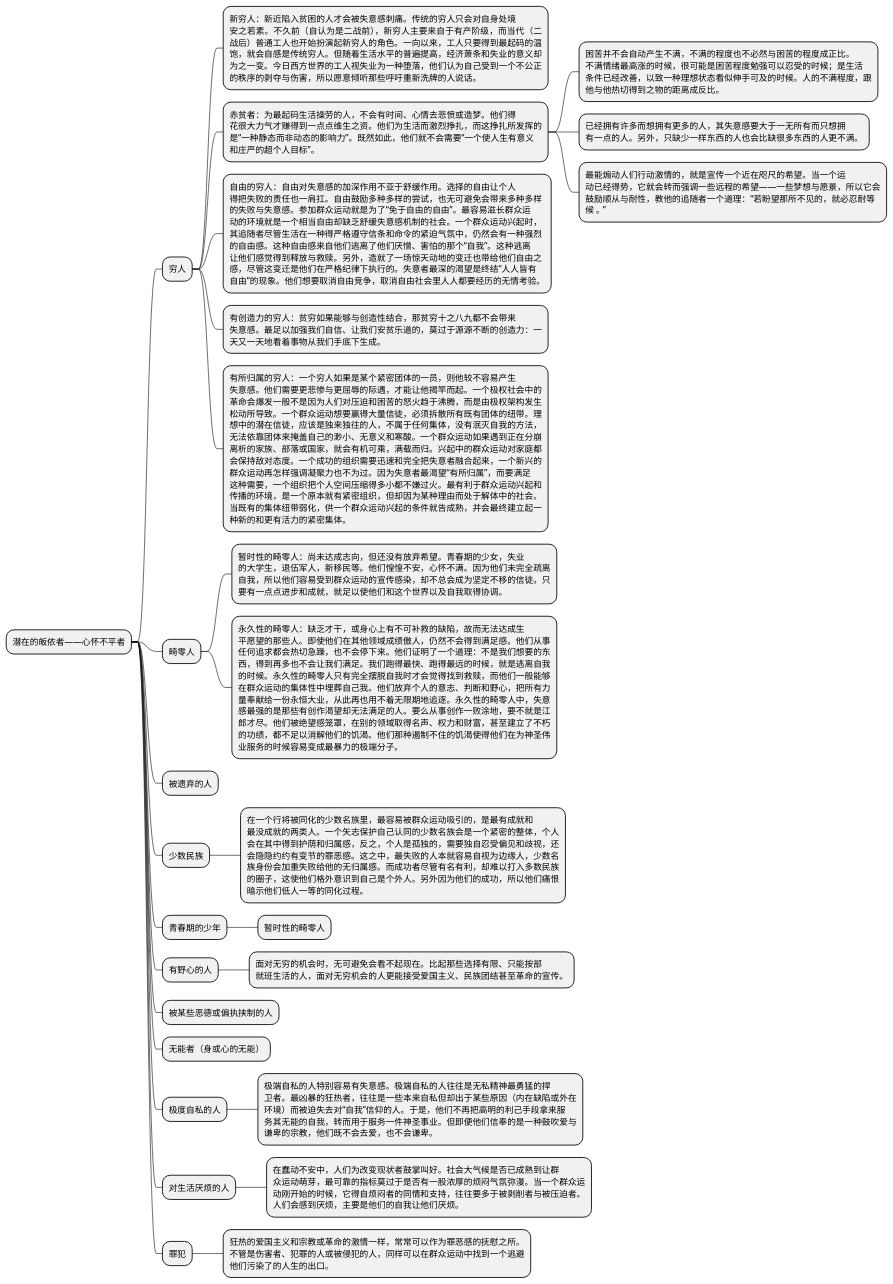
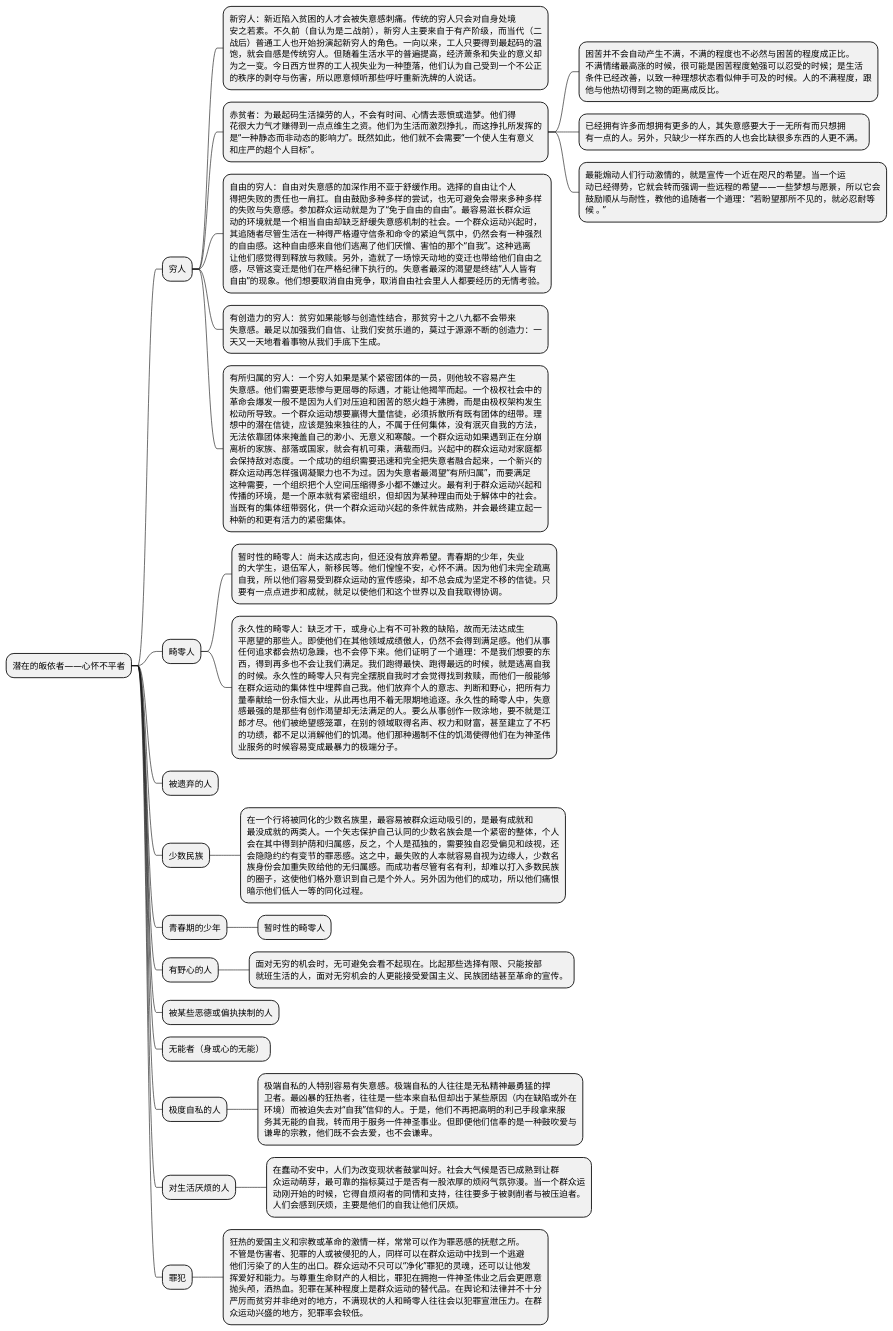
One commit to SamaelChen/reading_notebook changed the second of 2 diagrams in 社会心理/狂热分子.md. Above: the diagram before and after it, drawn with PlantUML. The commit also changed other lines of this file, not shown here.

````diff
--- a/社会心理/狂热分子.md
+++ b/社会心理/狂热分子.md
@@ -51,32 +51,32 @@
 ```puml
 @startmindmap
 * 潜在的皈依者——心怀不平者
 	** 穷人
 		*** 新穷人：新近陷入贫困的人才会被失意感刺痛。传统的穷人只会对自身处境\n安之若素。不久前（自认为是二战前），新穷人主要来自于有产阶级，而当代（二\n战后）普通工人也开始扮演起新穷人的角色。一向以来，工人只要得到最起码的温\n饱，就会自感是传统穷人。但随着生活水平的普遍提高，经济萧条和失业的意义却\n为之一变。今日西方世界的工人视失业为一种堕落，他们认为自己受到一个不公正\n的秩序的剥夺与伤害，所以愿意倾听那些呼吁重新洗牌的人说话。
 		*** 赤贫者：为最起码生活操劳的人，不会有时间、心情去悲愤或造梦。他们得\n花很大力气才赚得到一点点维生之资。他们为生活而激烈挣扎，而这挣扎所发挥的\n是“一种静态而非动态的影响力”。既然如此，他们就不会需要“一个使人生有意义\n和庄严的超个人目标”。
 			**** 困苦并不会自动产生不满，不满的程度也不必然与困苦的程度成正比。\n不满情绪最高涨的时候，很可能是困苦程度勉强可以忍受的时候；是生活\n条件已经改善，以致一种理想状态看似伸手可及的时候。人的不满程度，跟\n他与他热切得到之物的距离成反比。
 			**** 已经拥有许多而想拥有更多的人，其失意感要大于一无所有而只想拥\n有一点的人。另外，只缺少一样东西的人也会比缺很多东西的人更不满。
 			**** 最能煽动人们行动激情的，就是宣传一个近在咫尺的希望。当一个运\n动已经得势，它就会转而强调一些远程的希望——一些梦想与愿景，所以它会\n鼓励顺从与耐性，教他的追随者一个道理：“若盼望那所不见的，就必忍耐等\n候。”
 		*** 自由的穷人：自由对失意感的加深作用不亚于舒缓作用。选择的自由让个人\n得把失败的责任也一肩扛。自由鼓励多种多样的尝试，也无可避免会带来多种多样\n的失败与失意感。参加群众运动就是为了“免于自由的自由”。最容易滋长群众运\n动的环境就是一个相当自由却缺乏舒缓失意感机制的社会。一个群众运动兴起时，\n其追随者尽管生活在一种得严格遵守信条和命令的紧迫气氛中，仍然会有一种强烈\n的自由感。这种自由感来自他们逃离了他们厌憎、害怕的那个“自我”。这种逃离\n让他们感觉得到释放与救赎。另外，造就了一场惊天动地的变迁也带给他们自由之\n感，尽管这变迁是他们在严格纪律下执行的。失意者最深的渴望是终结“人人皆有\n自由”的现象。他们想要取消自由竞争，取消自由社会里人人都要经历的无情考验。
 		*** 有创造力的穷人：贫穷如果能够与创造性结合，那贫穷十之八九都不会带来\n失意感。最足以加强我们自信、让我们安贫乐道的，莫过于源源不断的创造力：一\n天又一天地看着事物从我们手底下生成。
 		*** 有所归属的穷人：一个穷人如果是某个紧密团体的一员，则他较不容易产生\n失意感。他们需要更悲惨与更屈辱的际遇，才能让他揭竿而起。一个极权社会中的\n革命会爆发一般不是因为人们对压迫和困苦的怒火趋于沸腾，而是由极权架构发生\n松动所导致。一个群众运动想要赢得大量信徒，必须拆散所有既有团体的纽带。理\n想中的潜在信徒，应该是独来独往的人，不属于任何集体，没有泯灭自我的方法，\n无法依靠团体来掩盖自己的渺小、无意义和寒酸。一个群众运动如果遇到正在分崩\n离析的家族、部落或国家，就会有机可乘，满载而归。兴起中的群众运动对家庭都\n会保持敌对态度。一个成功的组织需要迅速和完全把失意者融合起来，一个新兴的\n群众运动再怎样强调凝聚力也不为过。因为失意者最渴望“有所归属”，而要满足\n这种需要，一个组织把个人空间压缩得多小都不嫌过火。最有利于群众运动兴起和\n传播的环境，是一个原本就有紧密组织，但却因为某种理由而处于解体中的社会。\n当既有的集体纽带弱化，供一个群众运动兴起的条件就告成熟，并会最终建立起一\n种新的和更有活力的紧密集体。
 	** 畸零人
-		*** 暂时性的畸零人：尚未达成志向，但还没有放弃希望。青春期的少女，失业\n的大学生，退伍军人，新移民等。他们惶惶不安，心怀不满。因为他们未完全疏离\n自我，所以他们容易受到群众运动的宣传感染，却不总会成为坚定不移的信徒。只\n要有一点点进步和成就，就足以使他们和这个世界以及自我取得协调。
+		*** 暂时性的畸零人：尚未达成志向，但还没有放弃希望。青春期的少年，失业\n的大学生，退伍军人，新移民等。他们惶惶不安，心怀不满。因为他们未完全疏离\n自我，所以他们容易受到群众运动的宣传感染，却不总会成为坚定不移的信徒。只\n要有一点点进步和成就，就足以使他们和这个世界以及自我取得协调。
 		*** 永久性的畸零人：缺乏才干，或身心上有不可补救的缺陷，故而无法达成生\n平愿望的那些人。即使他们在其他领域成绩傲人，仍然不会得到满足感。他们从事\n任何追求都会热切急躁，也不会停下来。他们证明了一个道理：不是我们想要的东\n西，得到再多也不会让我们满足。我们跑得最快、跑得最远的时候，就是逃离自我\n的时候。永久性的畸零人只有完全摆脱自我时才会觉得找到救赎，而他们一般能够\n在群众运动的集体性中埋葬自己我。他们放弃个人的意志、判断和野心，把所有力\n量奉献给一份永恒大业，从此再也用不着无限期地追逐。永久性的畸零人中，失意\n感最强的是那些有创作渴望却无法满足的人。要么从事创作一败涂地，要不就是江\n郎才尽。他们被绝望感笼罩，在别的领域取得名声、权力和财富，甚至建立了不朽\n的功绩，都不足以消解他们的饥渴。他们那种遏制不住的饥渴使得他们在为神圣伟\n业服务的时候容易变成最暴力的极端分子。
 	** 被遗弃的人
 	** 少数民族
 		*** 在一个行将被同化的少数名族里，最容易被群众运动吸引的，是最有成就和\n最没成就的两类人。一个矢志保护自己认同的少数名族会是一个紧密的整体，个人\n会在其中得到护荫和归属感，反之，个人是孤独的，需要独自忍受偏见和歧视，还\n会隐隐约约有变节的罪恶感。这之中，最失败的人本就容易自视为边缘人，少数名\n族身份会加重失败给他的无归属感。而成功者尽管有名有利，却难以打入多数民族\n的圈子，这使他们格外意识到自己是个外人。另外因为他们的成功，所以他们痛恨\n暗示他们低人一等的同化过程。
 	** 青春期的少年
 		*** 暂时性的畸零人
 	** 有野心的人
 		*** 面对无穷的机会时，无可避免会看不起现在。比起那些选择有限、只能按部\n就班生活的人，面对无穷机会的人更能接受爱国主义、民族团结甚至革命的宣传。
 	** 被某些恶德或偏执挟制的人
 	** 无能者（身或心的无能）
 	** 极度自私的人
 		*** 极端自私的人特别容易有失意感。极端自私的人往往是无私精神最勇猛的捍\n卫者。最凶暴的狂热者，往往是一些本来自私但却出于某些原因（内在缺陷或外在\n环境）而被迫失去对“自我”信仰的人。于是，他们不再把高明的利己手段拿来服\n务其无能的自我，转而用于服务一件神圣事业。但即便他们信奉的是一种鼓吹爱与\n谦卑的宗教，他们既不会去爱，也不会谦卑。
 	** 对生活厌烦的人
 		*** 在蠢动不安中，人们为改变现状者鼓掌叫好。社会大气候是否已成熟到让群\n众运动萌芽，最可靠的指标莫过于是否有一股浓厚的烦闷气氛弥漫。当一个群众运\n动刚开始的时候，它得自烦闷者的同情和支持，往往要多于被剥削者与被压迫者。\n人们会感到厌烦，主要是他们的自我让他们厌烦。
 	** 罪犯
-		*** 狂热的爱国主义和宗教或革命的激情一样，常常可以作为罪恶感的抚慰之所。\n不管是伤害者、犯罪的人或被侵犯的人，同样可以在群众运动中找到一个逃避\n他们污染了的人生的出口。
+		*** 狂热的爱国主义和宗教或革命的激情一样，常常可以作为罪恶感的抚慰之所。\n不管是伤害者、犯罪的人或被侵犯的人，同样可以在群众运动中找到一个逃避\n他们污染了的人生的出口。群众运动不只可以“净化”罪犯的灵魂，还可以让他发\n挥爱好和能力。与尊重生命财产的人相比，罪犯在拥抱一件神圣伟业之后会更愿意\n抛头颅，洒热血。犯罪在某种程度上是群众运动的替代品。在舆论和法律并不十分\n严厉而贫穷并非绝对的地方，不满现状的人和畸零人往往会以犯罪宣泄压力。在群\n众运动兴盛的地方，犯罪率会较低。
 @endmindmap
 ```
````
